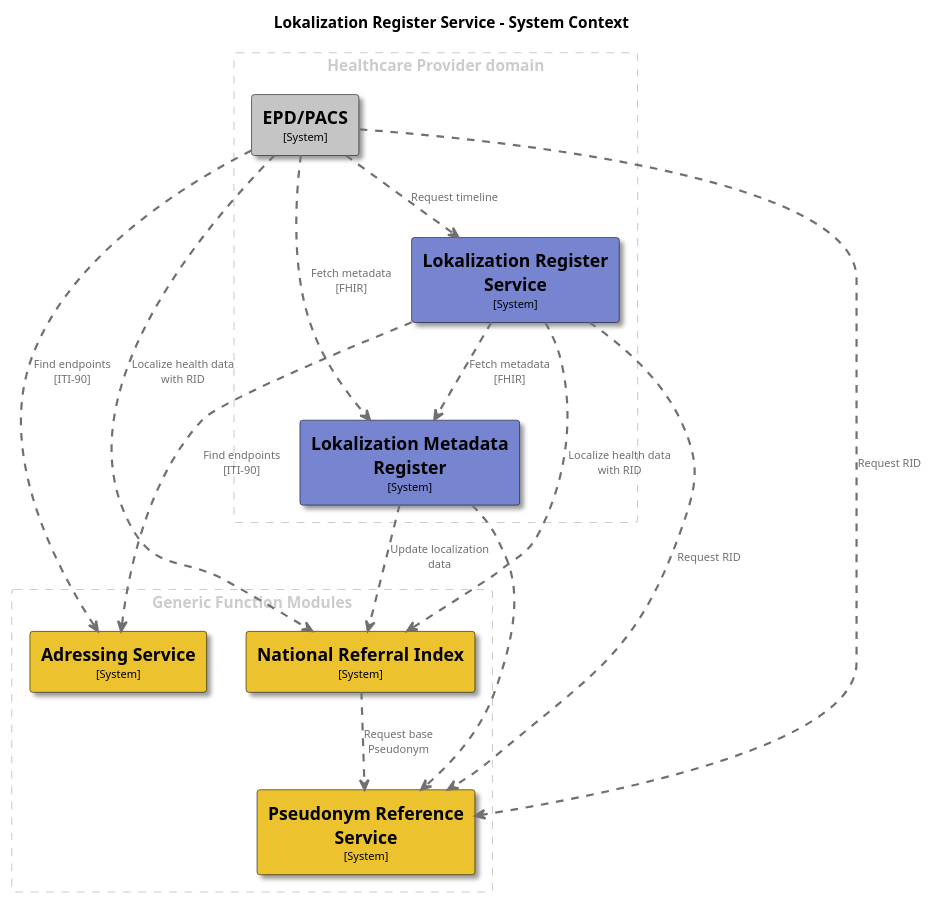
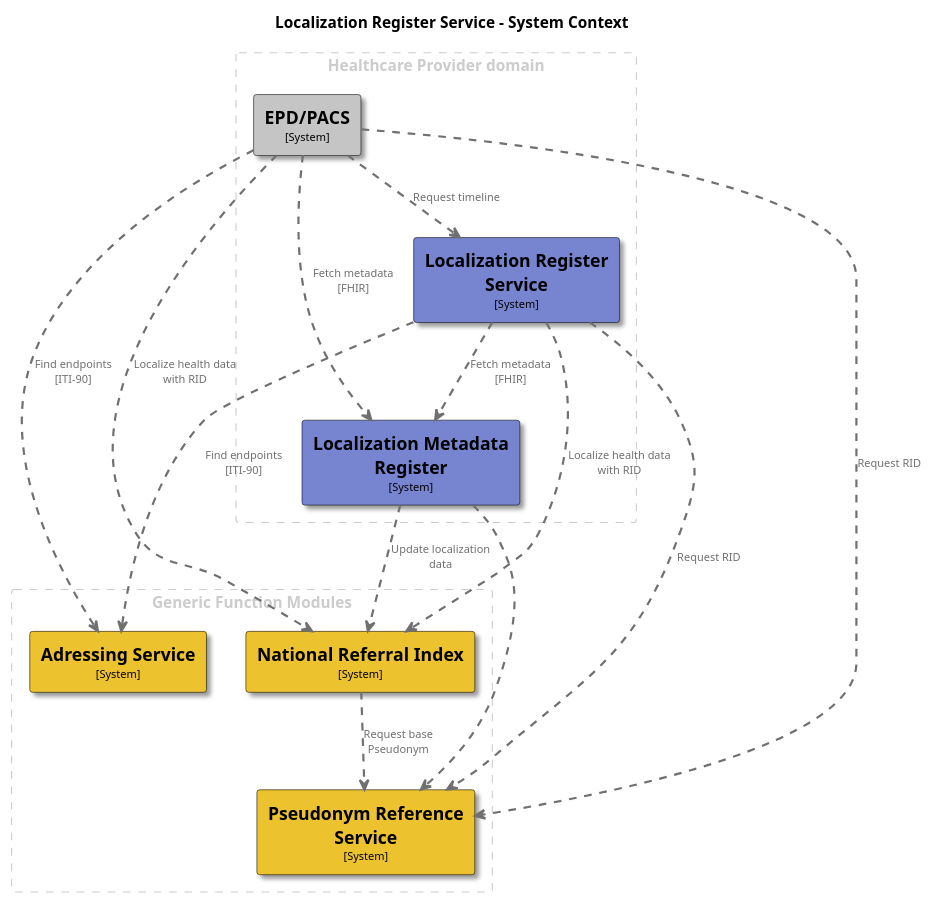
The diagram in docs/images/structurizr-Architecture.puml (minvws/gfmodules-coordination), drawn with PlantUML before and after one commit. The commit also changed 20 other files, not shown here.

Commit message:
Documented metadata interface The metadata register interface documentation is added inside the coordination repo because it's a interface that needs to be implemented by the various LMR software suppliers. The VWS LMR is only an example and reference implementation

```diff
--- a/docs/images/structurizr-Architecture.puml
+++ b/docs/images/structurizr-Architecture.puml
@@ -1,86 +1,86 @@
 @startuml
 set separator none
-title Lokalization Register Service - System Context
+title Localization Register Service - System Context
 
 top to bottom direction
 
 skinparam {
   arrowFontSize 10
   defaultTextAlignment center
   wrapWidth 200
   maxMessageSize 100
 }
 
 hide stereotype
 
 skinparam rectangle<<AdressingService>> {
   BackgroundColor #ecc22e
   FontColor #000000
   BorderColor #000000
   shadowing true
 }
 skinparam rectangle<<EPDPACS>> {
   BackgroundColor #c5c5c5
   FontColor #000000
   BorderColor #000000
   shadowing true
 }
-skinparam rectangle<<LokalizationMetadataRegister>> {
+skinparam rectangle<<LocalizationMetadataRegister>> {
   BackgroundColor #7785d1
   FontColor #000000
   BorderColor #000000
   shadowing true
 }
-skinparam rectangle<<LokalizationRegisterService>> {
+skinparam rectangle<<LocalizationRegisterService>> {
   BackgroundColor #7785d1
   FontColor #000000
   BorderColor #000000
   shadowing true
 }
 skinparam rectangle<<NationalReferralIndex>> {
   BackgroundColor #ecc22e
   FontColor #000000
   BorderColor #000000
   shadowing true
 }
 skinparam rectangle<<PseudonymReferenceService>> {
   BackgroundColor #ecc22e
   FontColor #000000
   BorderColor #000000
   shadowing true
 }
 
 rectangle "Generic Function Modules" <<group1>> as group1 {
   skinparam RectangleBorderColor<<group1>> #cccccc
   skinparam RectangleFontColor<<group1>> #cccccc
   skinparam RectangleBorderStyle<<group1>> dashed
 
   rectangle "==Pseudonym Reference Service\n<size:10>[System]</size>" <<PseudonymReferenceService>> as PseudonymReferenceService
   rectangle "==Adressing Service\n<size:10>[System]</size>" <<AdressingService>> as AdressingService
   rectangle "==National Referral Index\n<size:10>[System]</size>" <<NationalReferralIndex>> as NationalReferralIndex
 }
 
 rectangle "Healthcare Provider domain" <<group2>> as group2 {
   skinparam RectangleBorderColor<<group2>> #cccccc
   skinparam RectangleFontColor<<group2>> #cccccc
   skinparam RectangleBorderStyle<<group2>> dashed
 
-  rectangle "==Lokalization Metadata Register\n<size:10>[System]</size>" <<LokalizationMetadataRegister>> as LokalizationMetadataRegister
-  rectangle "==Lokalization Register Service\n<size:10>[System]</size>" <<LokalizationRegisterService>> as LokalizationRegisterService
+  rectangle "==Localization Metadata Register\n<size:10>[System]</size>" <<LocalizationMetadataRegister>> as LocalizationMetadataRegister
+  rectangle "==Localization Register Service\n<size:10>[System]</size>" <<LocalizationRegisterService>> as LocalizationRegisterService
   rectangle "==EPD/PACS\n<size:10>[System]</size>" <<EPDPACS>> as EPDPACS
 }
 
 
-LokalizationMetadataRegister .[#707070,thickness=2].> NationalReferralIndex : "<color:#707070>Update localization data"
+LocalizationMetadataRegister .[#707070,thickness=2].> NationalReferralIndex : "<color:#707070>Update localization data"
 NationalReferralIndex .[#707070,thickness=2].> PseudonymReferenceService : "<color:#707070>Request base Pseudonym"
-LokalizationMetadataRegister .[#707070,thickness=2].> PseudonymReferenceService : "<color:#707070>"
-LokalizationRegisterService .[#707070,thickness=2].> PseudonymReferenceService : "<color:#707070>Request RID"
-LokalizationRegisterService .[#707070,thickness=2].> NationalReferralIndex : "<color:#707070>Localize health data with RID"
-LokalizationRegisterService .[#707070,thickness=2].> AdressingService : "<color:#707070>Find endpoints [ITI-90]"
-LokalizationRegisterService .[#707070,thickness=2].> LokalizationMetadataRegister : "<color:#707070>Fetch metadata [FHIR]"
+LocalizationMetadataRegister .[#707070,thickness=2].> PseudonymReferenceService : "<color:#707070>"
+LocalizationRegisterService .[#707070,thickness=2].> PseudonymReferenceService : "<color:#707070>Request RID"
+LocalizationRegisterService .[#707070,thickness=2].> NationalReferralIndex : "<color:#707070>Localize health data with RID"
+LocalizationRegisterService .[#707070,thickness=2].> AdressingService : "<color:#707070>Find endpoints [ITI-90]"
+LocalizationRegisterService .[#707070,thickness=2].> LocalizationMetadataRegister : "<color:#707070>Fetch metadata [FHIR]"
 EPDPACS .[#707070,thickness=2].> NationalReferralIndex : "<color:#707070>Localize health data with RID"
 EPDPACS .[#707070,thickness=2].> AdressingService : "<color:#707070>Find endpoints [ITI-90]"
-EPDPACS .[#707070,thickness=2].> LokalizationMetadataRegister : "<color:#707070>Fetch metadata [FHIR]"
+EPDPACS .[#707070,thickness=2].> LocalizationMetadataRegister : "<color:#707070>Fetch metadata [FHIR]"
 EPDPACS .[#707070,thickness=2].> PseudonymReferenceService : "<color:#707070>Request RID"
-EPDPACS .[#707070,thickness=2].> LokalizationRegisterService : "<color:#707070>Request timeline"
+EPDPACS .[#707070,thickness=2].> LocalizationRegisterService : "<color:#707070>Request timeline"
 @enduml
```
